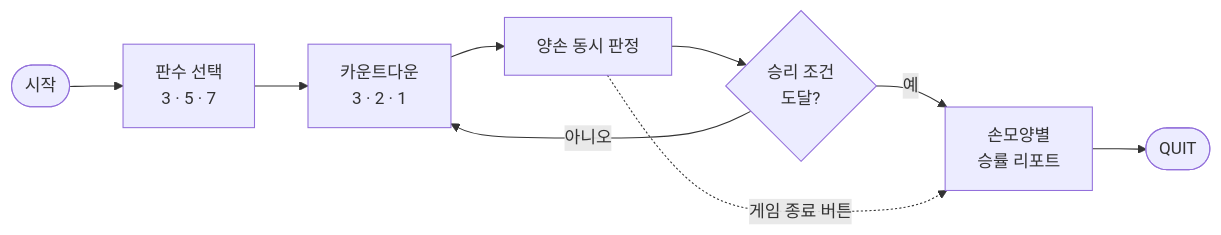
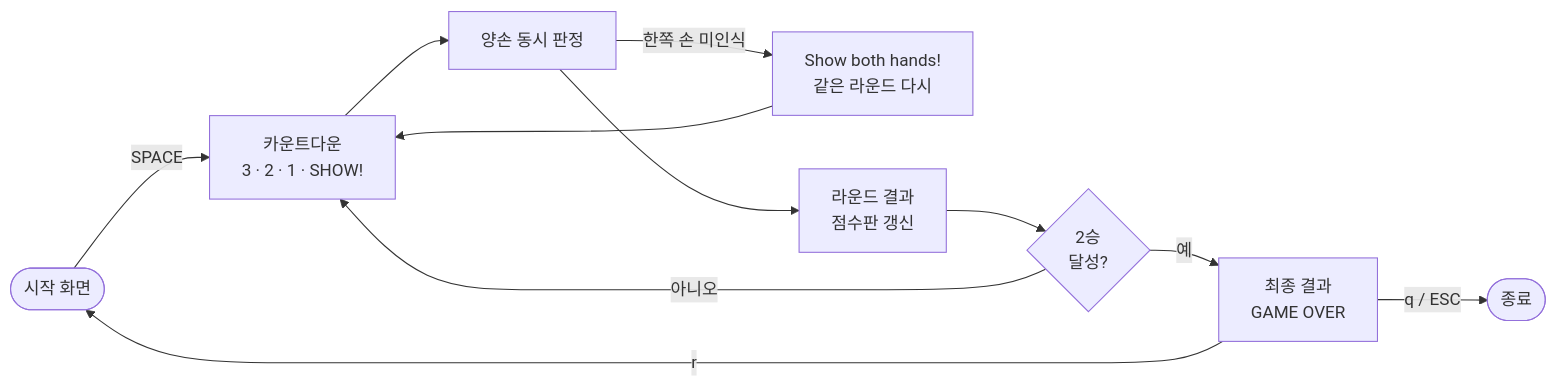
Before and after one commit to khseob2/RPS: the diagram in README.md, drawn with Mermaid. The commit also changed other lines of this file, not shown here.

First line of the commit message:
Revise README for game features and instructions

````diff
--- a/README.md
+++ b/README.md
@@ -37,11 +40,13 @@
 ```mermaid
 flowchart LR
-    A([시작]) --> B["판수 선택<br/>3 · 5 · 7"]
-    B --> C["카운트다운<br/>3 · 2 · 1"]
+    A([시작 화면]) -- SPACE --> C["카운트다운<br/>3 · 2 · 1 · SHOW!"]
     C --> D["양손 동시 판정"]
-    D --> E{"승리 조건<br/>도달?"}
-    E -- 아니오 --> C
-    E -- 예 --> F["손모양별<br/>승률 리포트"]
-    D -. 게임 종료 버튼 .-> F
-    F --> G([QUIT])
+    D -- 한쪽 손 미인식 --> R["Show both hands!<br/>같은 라운드 다시"]
+    R --> C
+    D --> E["라운드 결과<br/>점수판 갱신"]
+    E --> F{"2승<br/>달성?"}
+    F -- 아니오 --> C
+    F -- 예 --> G["최종 결과<br/>GAME OVER"]
+    G -- r --> A
+    G -- q / ESC --> H([종료])
 ```
````
